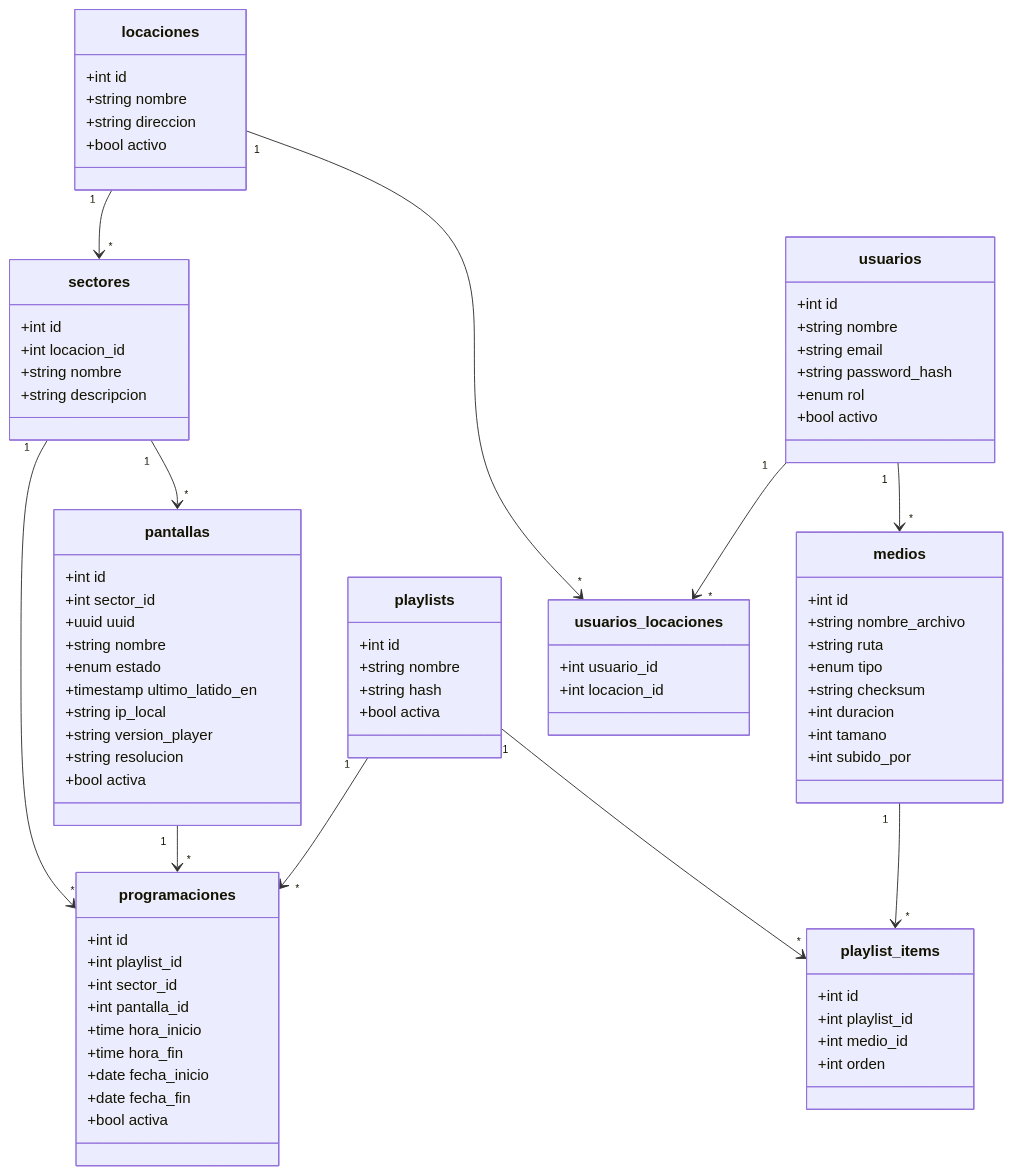
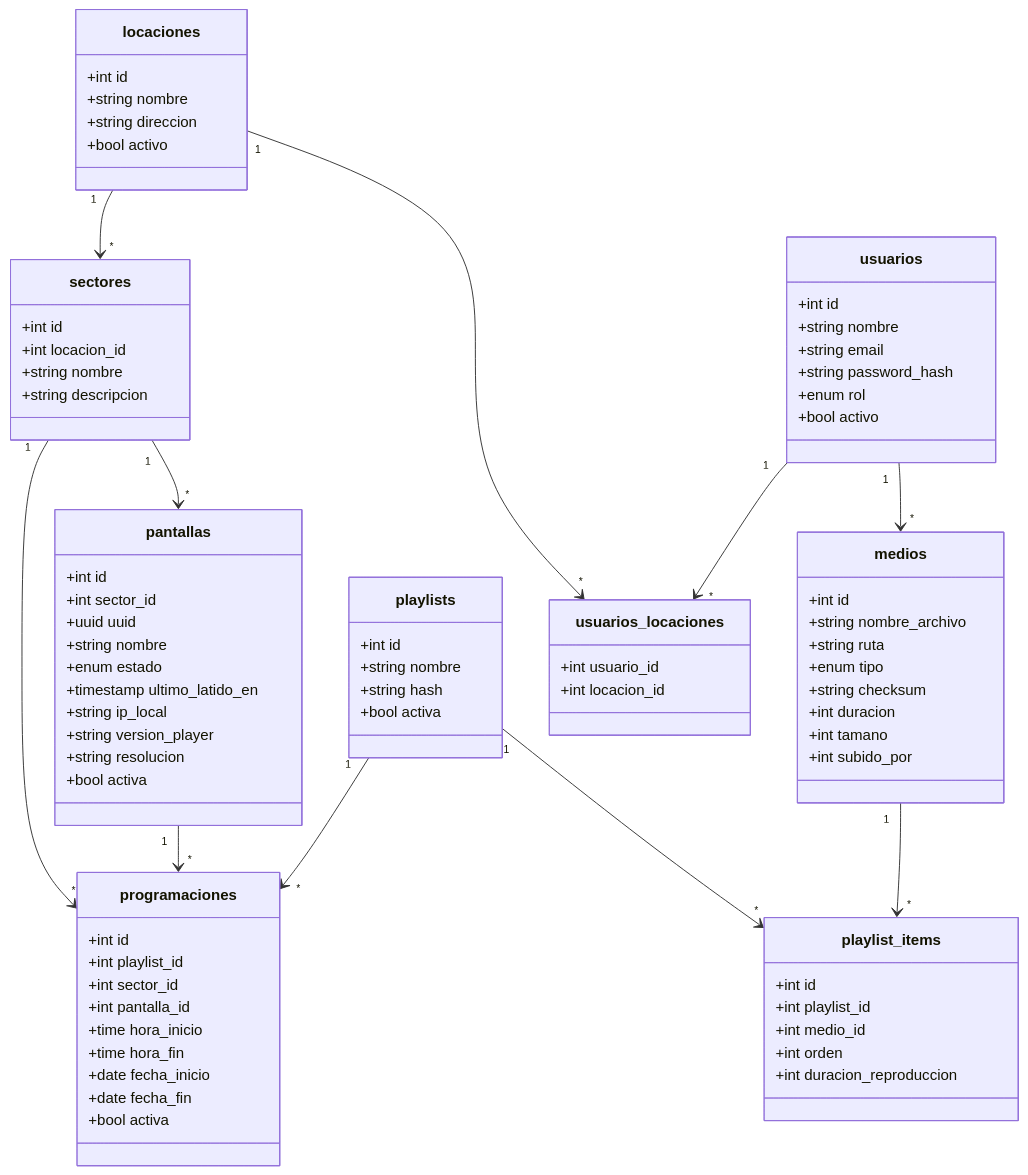
Before and after one commit to tomiloki/ACE: the diagram in Documentación/Producto/Modelo de datos.md, drawn with Mermaid. The commit also changed other lines of this file and 3 other files, not shown here.

```diff
--- a/Documentación/Producto/Modelo de datos.md
+++ b/Documentación/Producto/Modelo de datos.md
@@ -61,6 +61,7 @@
     +int playlist_id
     +int medio_id
     +int orden
+    +int duracion_reproduccion
   }
 
   class programaciones {
```
